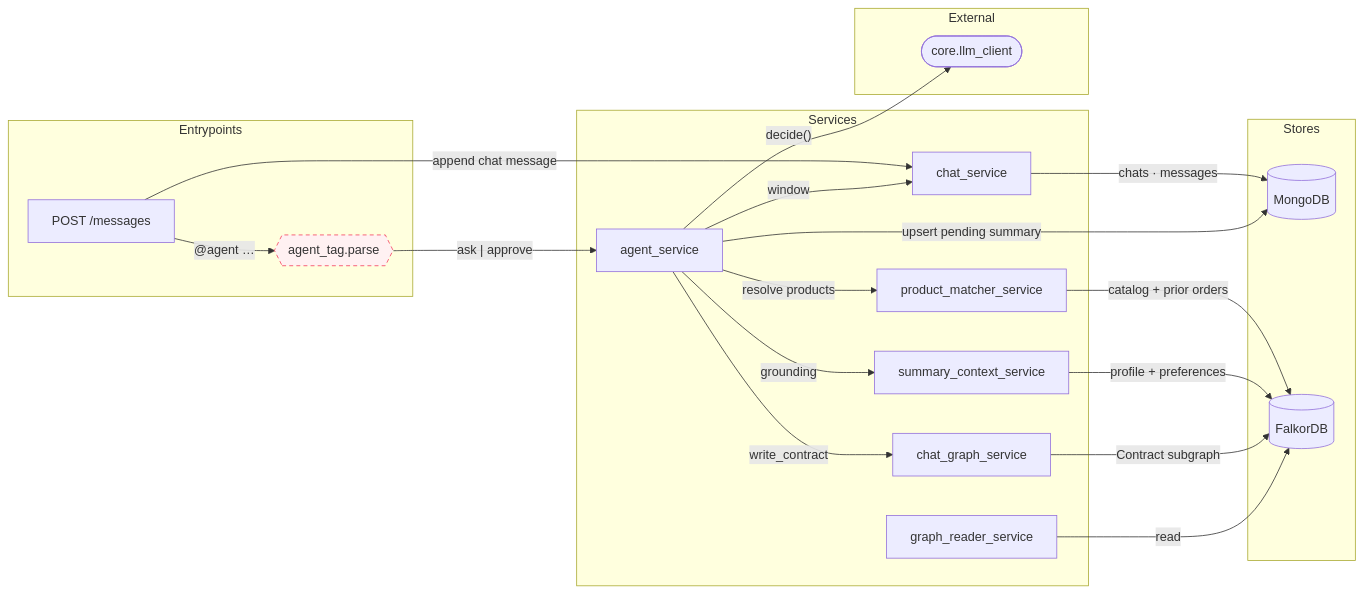
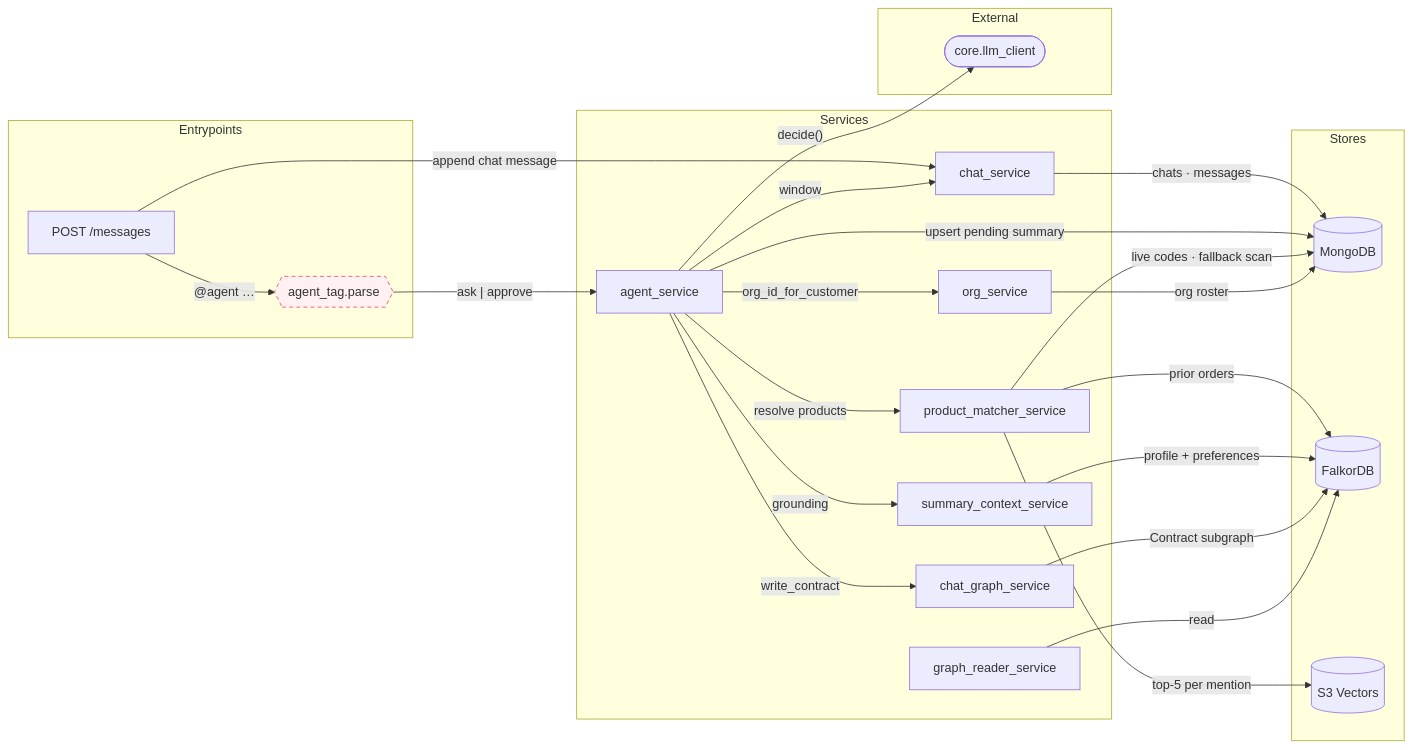
One commit to pranav-tractus/harness_agents changed the second of 3 diagrams in docs/architecture.md. Above: the diagram before and after it, drawn with Mermaid. The commit also changed other lines of this file and 3 other files, not shown here.

First line of the commit message:
docs(agent): document draft/commit verification gates and per-slot provenance

````diff
--- a/docs/architecture.md
+++ b/docs/architecture.md
@@ -87,38 +97,44 @@
 ```mermaid
 flowchart LR
   subgraph Entrypoints["Entrypoints"]
     flow_messages["POST /messages"]
     flow_agent_tag{{"agent_tag.parse"}}
   end
   subgraph Services["Services"]
     flow_agent_service["agent_service"]
     flow_chat_service["chat_service"]
+    flow_org_service["org_service"]
     flow_matcher["product_matcher_service"]
     flow_context_service["summary_context_service"]
     flow_chat_graph["chat_graph_service"]
     flow_graph_reader["graph_reader_service"]
   end
   subgraph Stores["Stores"]
     flow_mongo[("MongoDB")]
     flow_falkor[("FalkorDB")]
+    flow_vectors[("S3 Vectors")]
   end
   subgraph External["External"]
     flow_llm(["core.llm_client"])
   end
   flow_messages -->|"append chat message"| flow_chat_service
   flow_messages -->|"@agent …"| flow_agent_tag
   flow_agent_tag -->|"ask | approve"| flow_agent_service
   flow_agent_service -->|"window"| flow_chat_service
+  flow_agent_service -->|"org_id_for_customer"| flow_org_service
   flow_agent_service -->|"resolve products"| flow_matcher
   flow_agent_service -->|"grounding"| flow_context_service
   flow_agent_service -->|"decide()"| flow_llm
   flow_agent_service -->|"write_contract"| flow_chat_graph
   flow_chat_service -->|"chats · messages"| flow_mongo
   flow_agent_service -->|"upsert pending summary"| flow_mongo
-  flow_matcher -->|"catalog + prior orders"| flow_falkor
+  flow_matcher -->|"prior orders"| flow_falkor
+  flow_matcher -->|"top-5 per mention"| flow_vectors
+  flow_matcher -->|"live codes · fallback scan"| flow_mongo
+  flow_org_service -->|"org roster"| flow_mongo
   flow_context_service -->|"profile + preferences"| flow_falkor
   flow_chat_graph -->|"Contract subgraph"| flow_falkor
   flow_graph_reader -->|"read"| flow_falkor
   classDef gate stroke:#f43f5e,stroke-dasharray:5 4,fill:#fff1f2;
   class flow_agent_tag gate;
 ```
````
